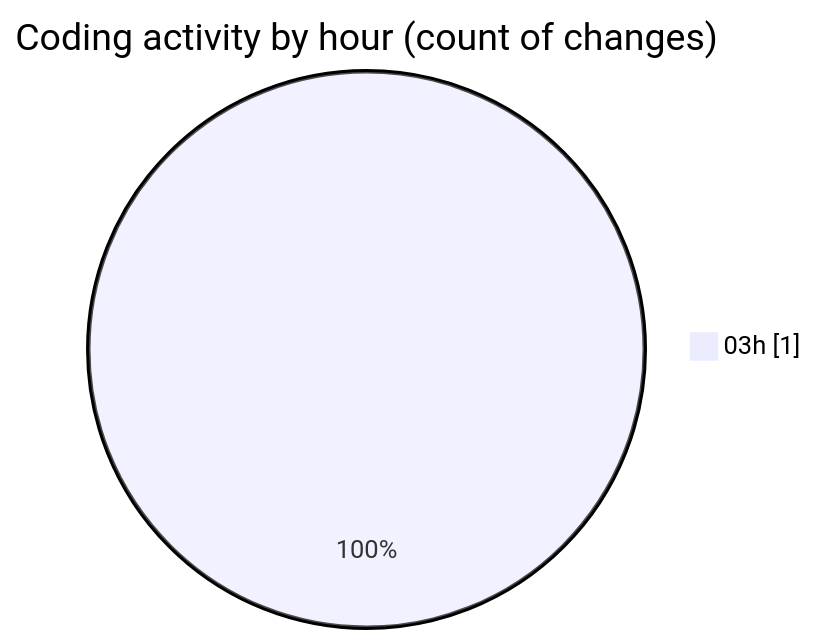
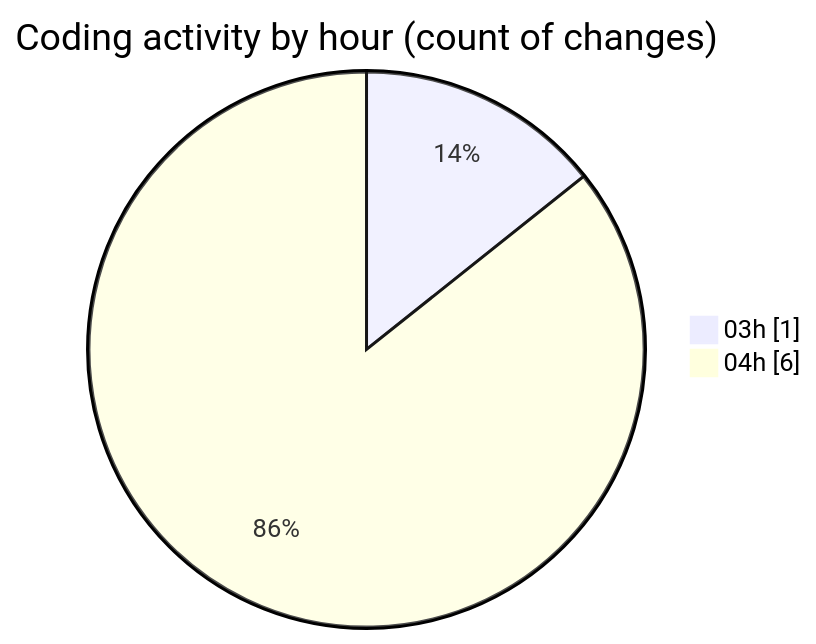
The second of 2 diagrams in 2025-09-18/forum_cybernix_vn/README.md (lephambinh05/code-tracking), drawn with Mermaid before and after one commit. The commit also changed other lines of this file and 1 other file, not shown here.

````diff
--- a/2025-09-18/forum_cybernix_vn/README.md
+++ b/2025-09-18/forum_cybernix_vn/README.md
@@ -28,5 +35,6 @@
 ```mermaid
 pie showData
 title Coding activity by hour (count of changes)
 "03h" : 1
+"04h" : 6
 ```
````
